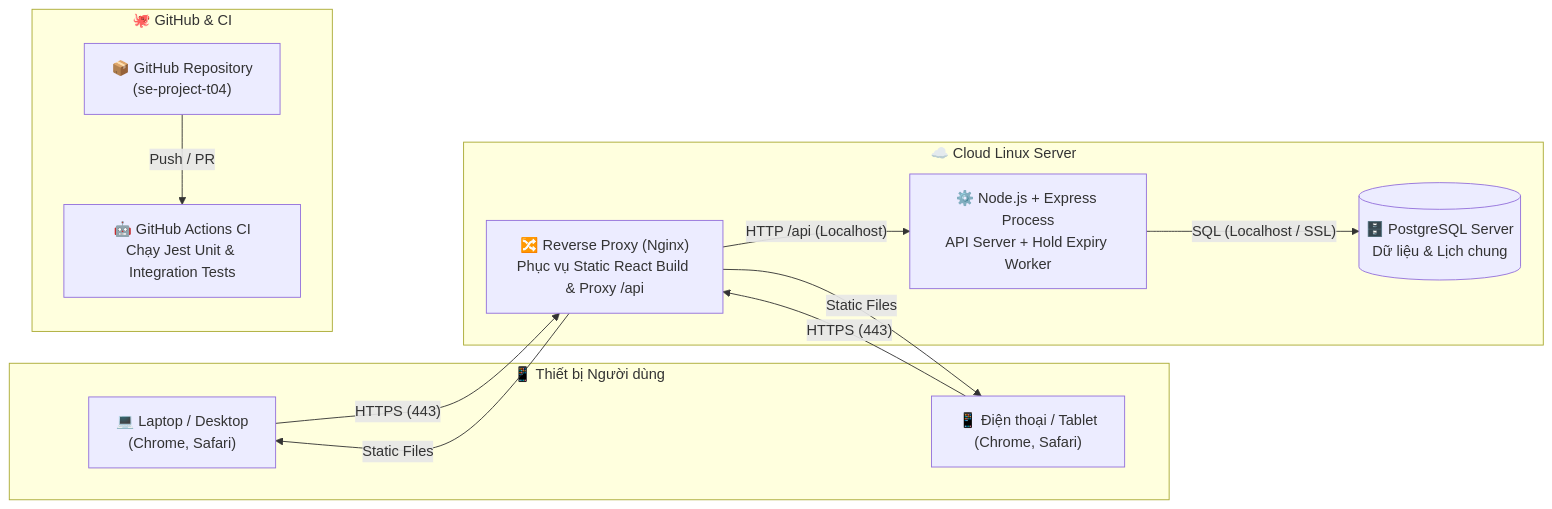
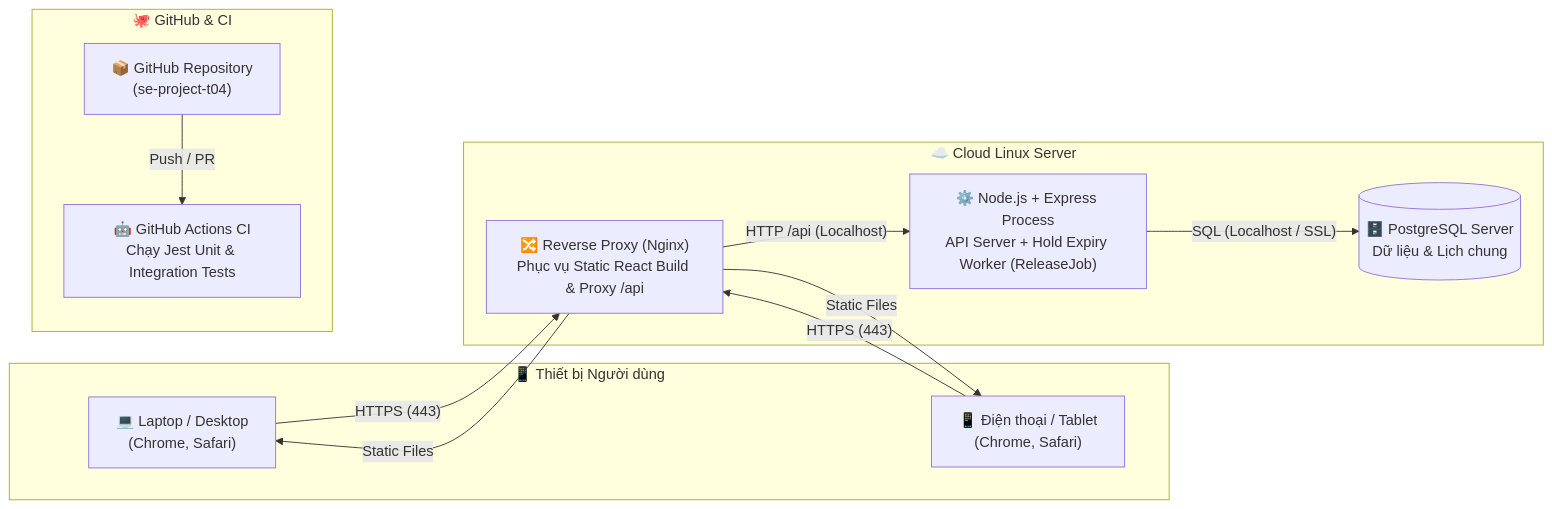
Before and after one commit to buikhoa130406/se-project-t04: the fourth of 4 diagrams in docs/design/architecture/architecture-design.md, drawn with Mermaid. The commit also changed other lines of this file, not shown here.

````diff
--- a/docs/design/architecture/architecture-design.md
+++ b/docs/design/architecture/architecture-design.md
@@ -104,24 +108,24 @@
 ```mermaid
 flowchart LR
     subgraph ClientDevices["📱 Thiết bị Người dùng"]
         Desktop["💻 Laptop / Desktop<br/>(Chrome, Safari)"]
         Mobile["📱 Điện thoại / Tablet<br/>(Chrome, Safari)"]
     end
 
     subgraph GitHub["🐙 GitHub & CI"]
         Repo["📦 GitHub Repository<br/>(se-project-t04)"]
         Actions["🤖 GitHub Actions CI<br/>Chạy Jest Unit & Integration Tests"]
     end
 
     subgraph CloudServer["☁️ Cloud Linux Server"]
         Proxy["🔀 Reverse Proxy (Nginx)<br/>Phục vụ Static React Build & Proxy /api"]
-        NodeApp["⚙️ Node.js + Express Process<br/>API Server + Hold Expiry Worker"]
+        NodeApp["⚙️ Node.js + Express Process<br/>API Server + Hold Expiry Worker (ReleaseJob)"]
         PG[("🗄️ PostgreSQL Server<br/>Dữ liệu & Lịch chung")]
     end
 
     Desktop & Mobile -- "HTTPS (443)" --> Proxy
     Proxy -- "Static Files" --> Desktop & Mobile
     Proxy -- "HTTP /api (Localhost)" --> NodeApp
     NodeApp -- "SQL (Localhost / SSL)" --> PG
     Repo -- "Push / PR" --> Actions
 ```
````
